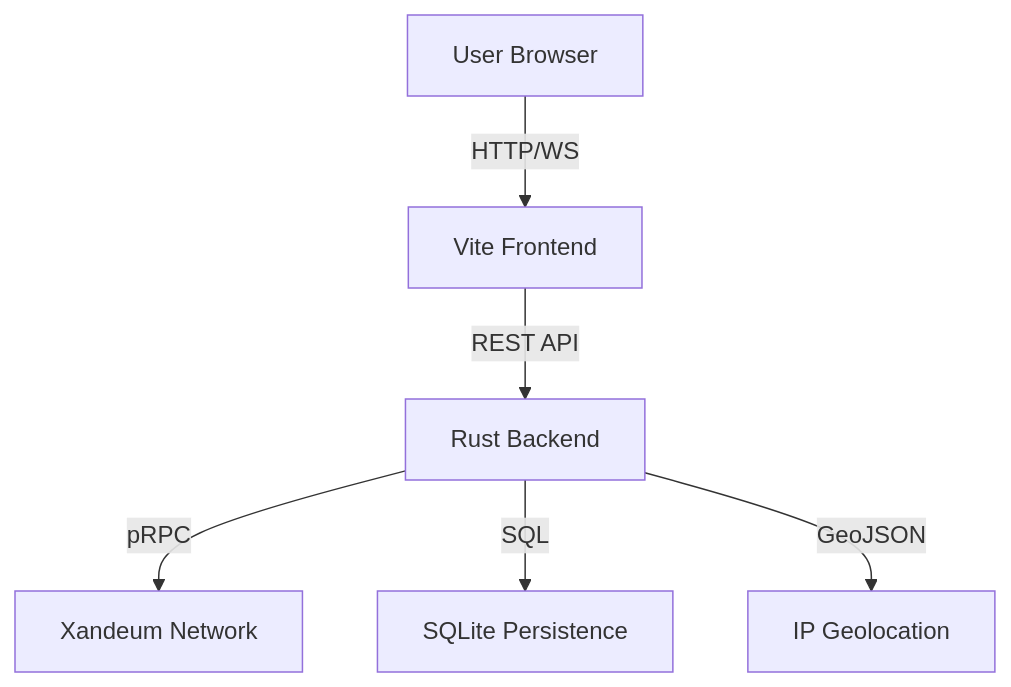
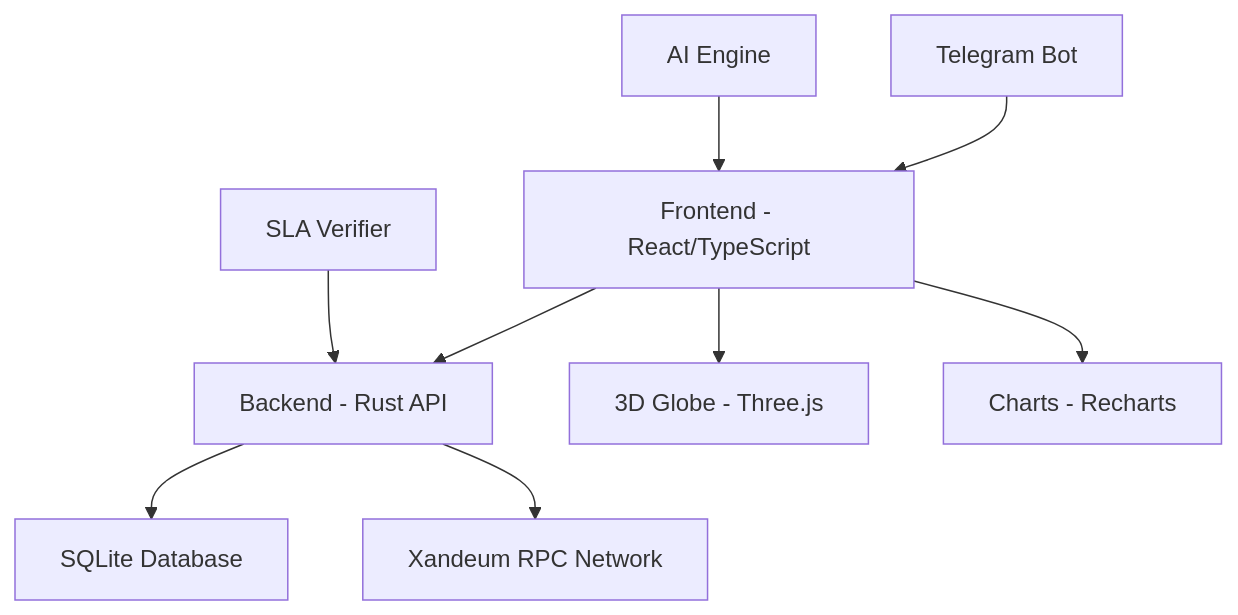
Before and after one commit to Ndifreke000/xandeum-observer: the diagram in hackmd_guide.md, drawn with Mermaid. The commit also changed other lines of this file and 22 other files, not shown here.

````diff
--- a/hackmd_guide.md
+++ b/hackmd_guide.md
@@ -61,8 +68,11 @@
 ```mermaid
-graph TD
-    A[User Browser] -->|HTTP/WS| B[Vite Frontend]
-    B -->|REST API| C[Rust Backend]
-    C -->|pRPC| D[Xandeum Network]
-    C -->|SQL| E[SQLite Persistence]
-    C -->|GeoJSON| F[IP Geolocation]
+graph TB
+    A[Frontend - React/TypeScript] --> B[Backend - Rust API]
+    B --> C[SQLite Database]
+    B --> D[Xandeum RPC Network]
+    A --> E[3D Globe - Three.js]
+    A --> F[Charts - Recharts]
+    G[Telegram Bot] --> A
+    H[AI Engine] --> A
+    I[SLA Verifier] --> B
 ```
````
